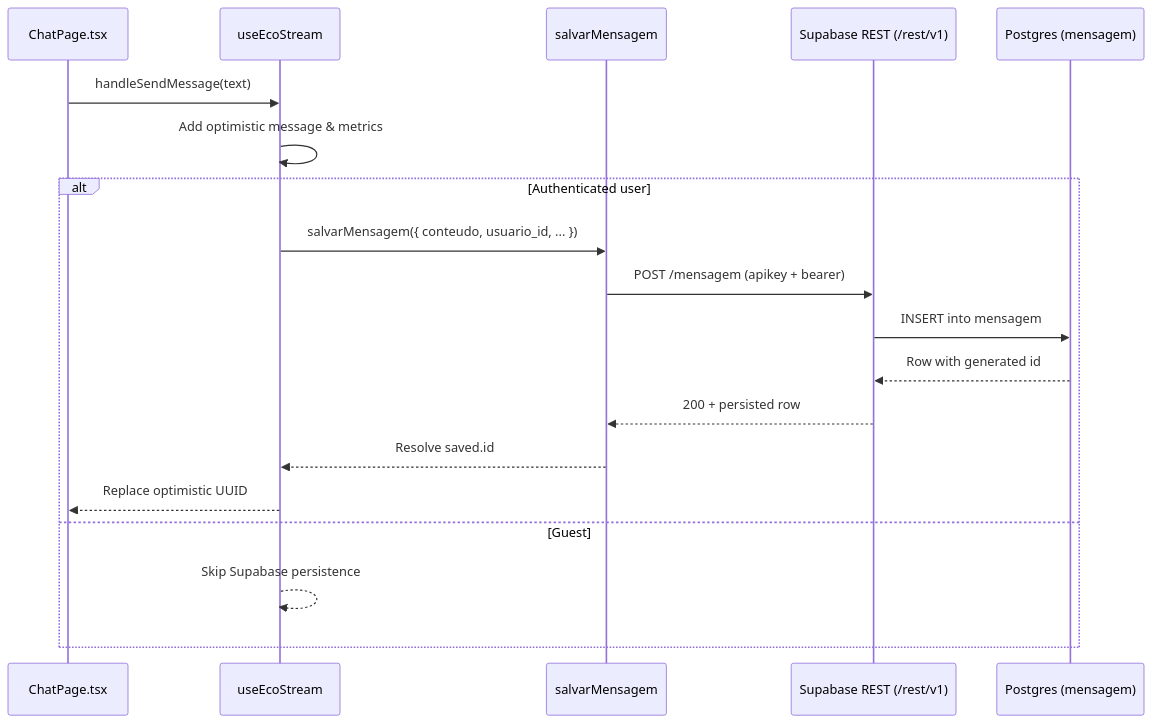
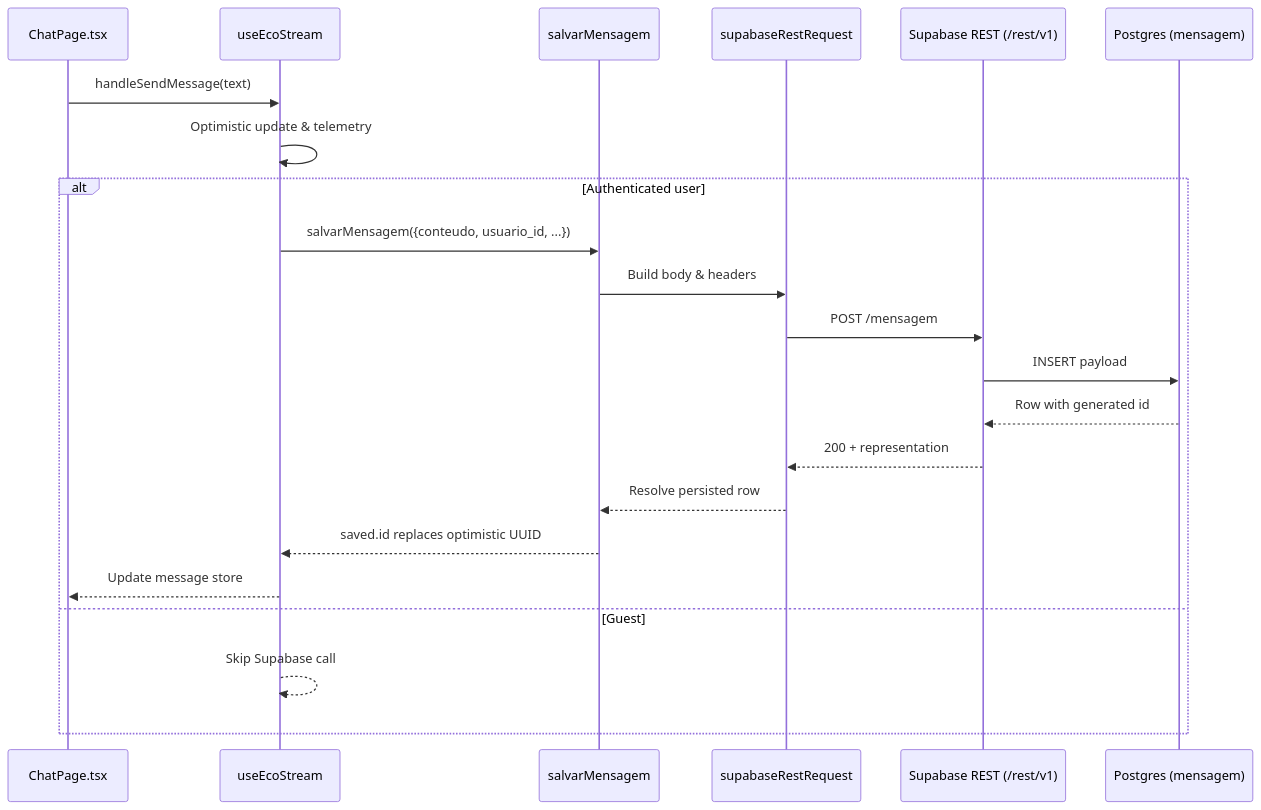
The diagram in docs/client-database-flow.md (Bigajax/ecofrontend888), drawn with Mermaid before and after one commit. The commit also changed other lines of this file, not shown here.

Commit message:
docs: detail client to database request flow

````diff
--- a/docs/client-database-flow.md
+++ b/docs/client-database-flow.md
@@ -24,22 +32,25 @@
 ```mermaid
 sequenceDiagram
     participant UI as ChatPage.tsx
     participant Hook as useEcoStream
     participant Persist as salvarMensagem
-    participant Rest as Supabase REST (/rest/v1)
+    participant Rest as supabaseRestRequest
+    participant Edge as Supabase REST (/rest/v1)
     participant DB as Postgres (mensagem)
 
     UI->>Hook: handleSendMessage(text)
-    Hook->>Hook: Add optimistic message & metrics
+    Hook->>Hook: Optimistic update & telemetry
     alt Authenticated user
-        Hook->>Persist: salvarMensagem({ conteudo, usuario_id, ... })
-        Persist->>Rest: POST /mensagem (apikey + bearer)
-        Rest->>DB: INSERT into mensagem
-        DB-->>Rest: Row with generated id
-        Rest-->>Persist: 200 + persisted row
-        Persist-->>Hook: Resolve saved.id
-        Hook-->>UI: Replace optimistic UUID
+        Hook->>Persist: salvarMensagem({conteudo, usuario_id, ...})
+        Persist->>Rest: Build body & headers
+        Rest->>Edge: POST /mensagem
+        Edge->>DB: INSERT payload
+        DB-->>Edge: Row with generated id
+        Edge-->>Rest: 200 + representation
+        Rest-->>Persist: Resolve persisted row
+        Persist-->>Hook: saved.id replaces optimistic UUID
+        Hook-->>UI: Update message store
     else Guest
-        Hook-->>Hook: Skip Supabase persistence
+        Hook-->>Hook: Skip Supabase call
     end
 ```
````
